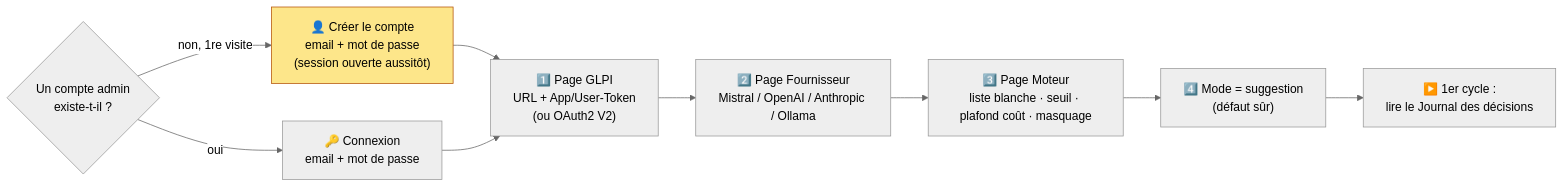
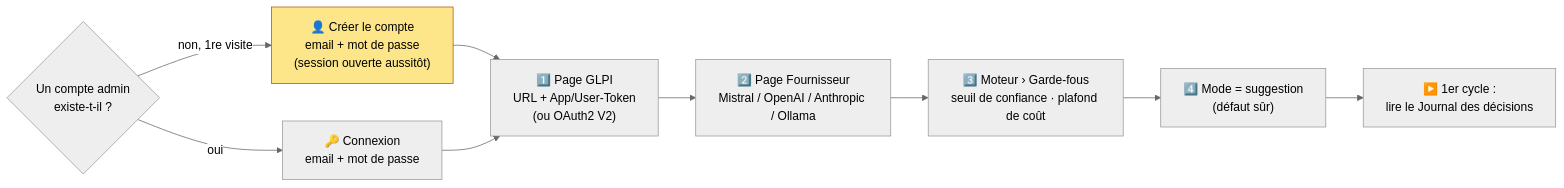
One commit to WicaebethTheo/itsm-modern-ai changed the fourth of 7 diagrams in docs/guide-fonctionnement.md. Above: the diagram before and after it, drawn with Mermaid (neutral theme). The commit also changed 25 other files, not shown here.

````diff
--- a/docs/guide-fonctionnement.md
+++ b/docs/guide-fonctionnement.md
@@ -195,14 +195,14 @@
 ```mermaid
 flowchart LR
     A{"Un compte admin<br/>existe-t-il ?"}
     A -- non, 1re visite --> N["👤 Créer le compte<br/>email + mot de passe<br/>(session ouverte aussitôt)"]
     A -- oui --> L["🔑 Connexion<br/>email + mot de passe"]
     N --> G["1️⃣ Page GLPI<br/>URL + App/User-Token<br/>(ou OAuth2 V2)"]
     L --> G
     G --> P["2️⃣ Page Fournisseur<br/>Mistral / OpenAI / Anthropic / Ollama"]
-    P --> E["3️⃣ Page Moteur<br/>liste blanche · seuil · plafond coût · masquage"]
+    P --> E["3️⃣ Moteur › Garde-fous<br/>seuil de confiance · plafond de coût"]
     E --> M["4️⃣ Mode = suggestion<br/>(défaut sûr)"]
     M --> R["▶️ 1er cycle :<br/>lire le Journal des décisions"]
 
     style N fill:#fde68a,stroke:#b45309
 ```
````
